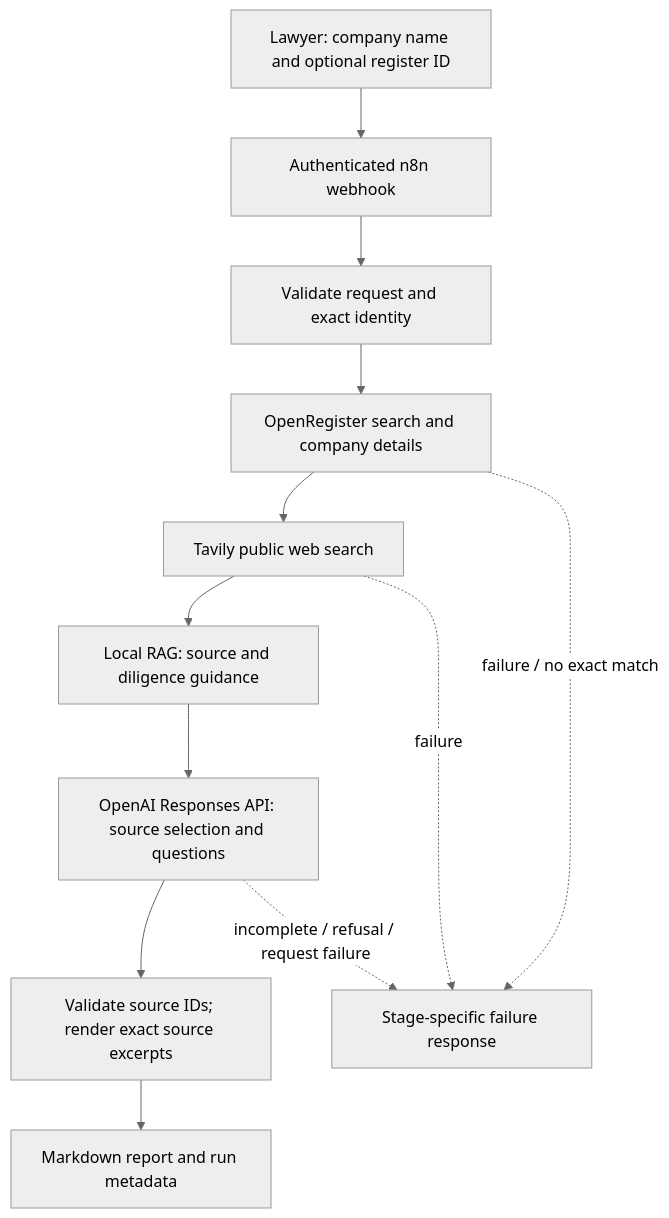
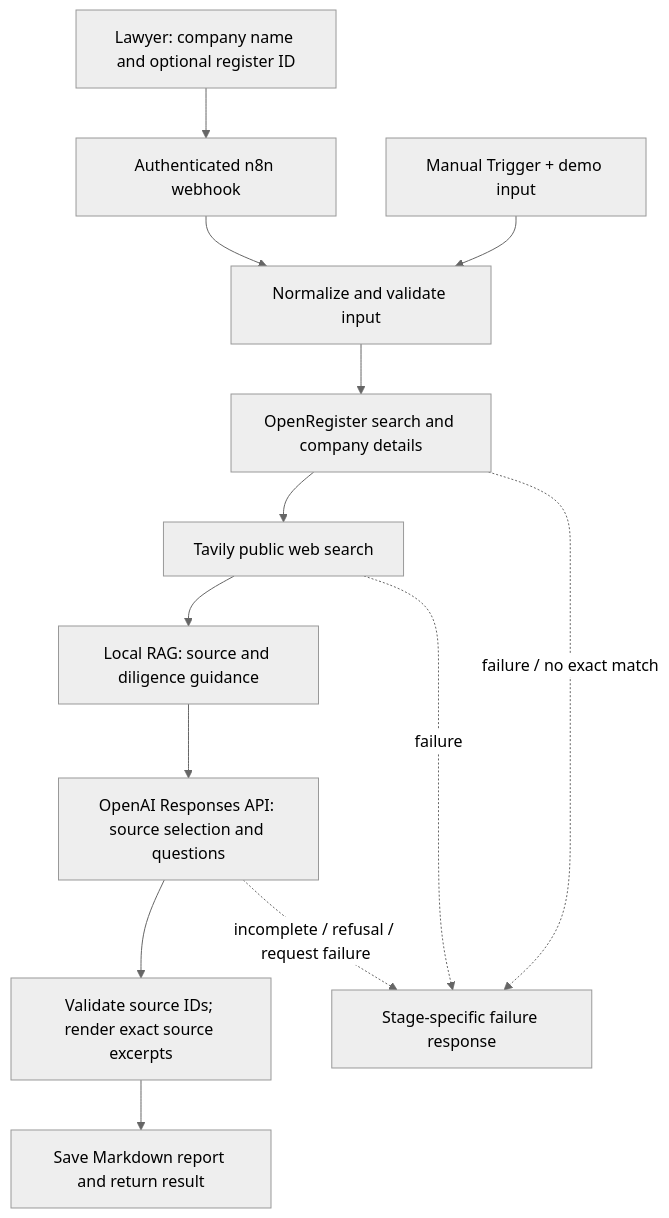
Before and after one commit to sean173-lang/INCEPT: the diagram in projects/ironhack_project3/README.md, drawn with Mermaid (neutral theme). The commit also changed other lines of this file and 4 other files, not shown here.

Commit message:
Add manual trigger and readable layout to Project 3 workflow

````diff
--- a/projects/ironhack_project3/README.md
+++ b/projects/ironhack_project3/README.md
@@ -11,14 +11,15 @@
 ```mermaid
 flowchart TD
   U[Lawyer: company name and optional register ID] --> W[Authenticated n8n webhook]
-  W --> V[Validate request and exact identity]
+  D[Manual Trigger + demo input] --> V[Normalize and validate input]
+  W --> V
   V --> O[OpenRegister search and company details]
   O --> T[Tavily public web search]
   T --> R[Local RAG: source and diligence guidance]
   R --> A[OpenAI Responses API: source selection and questions]
   A --> C[Validate source IDs; render exact source excerpts]
-  C --> M[Markdown report and run metadata]
+  C --> M[Save Markdown report and return result]
   O -. failure / no exact match .-> E[Stage-specific failure response]
   T -. failure .-> E
   A -. incomplete / refusal / request failure .-> E
 ```
````
